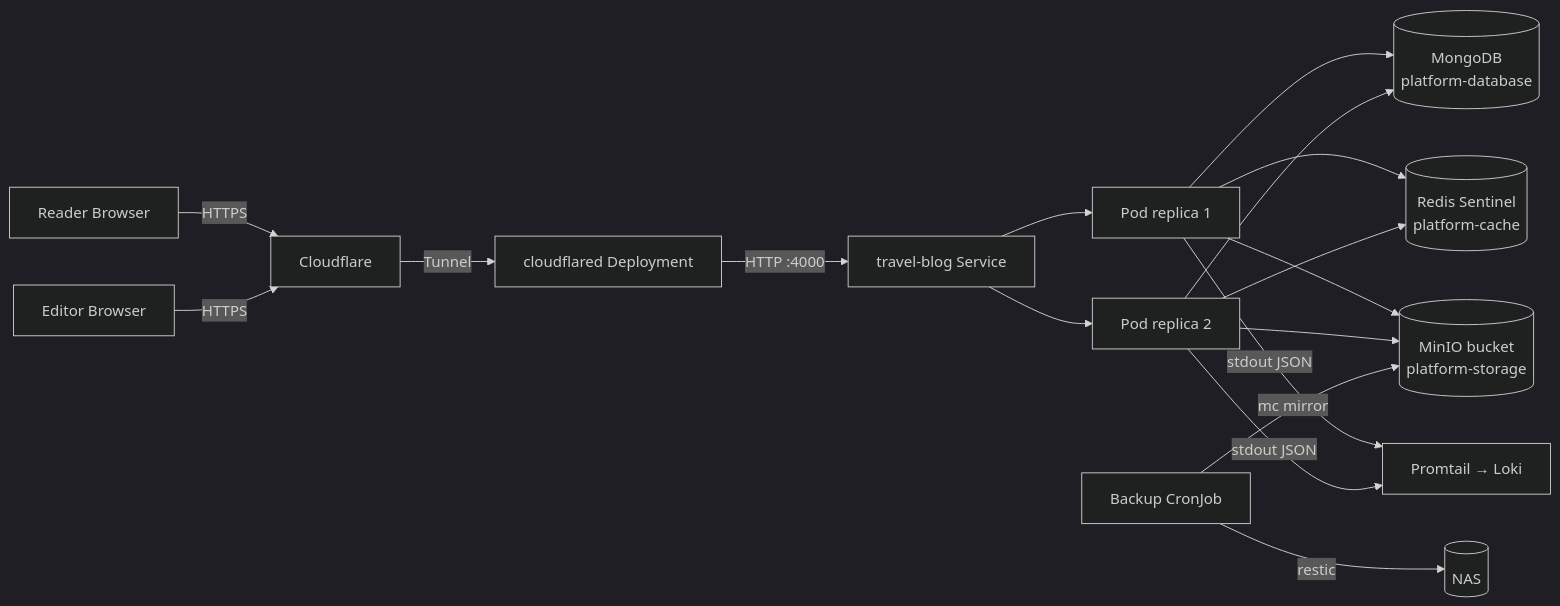
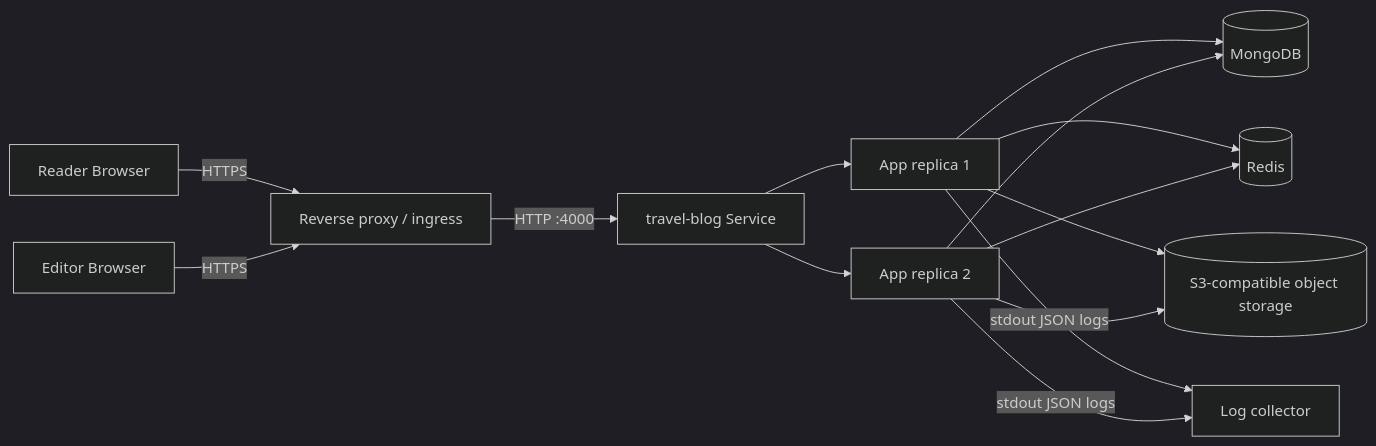
Before and after one commit to khaddAle/SimpleTravelBlog: the first of 5 diagrams in docs/architecture.md, drawn with Mermaid (dark theme). The commit also changed other lines of this file and 2 other files, not shown here.

First line of the commit message:
docs(security): decouple public repo from deployment specifics

````diff
--- a/docs/architecture.md
+++ b/docs/architecture.md
@@ -8,15 +13,12 @@
 ```mermaid
 flowchart LR
-  R[Reader Browser] -->|HTTPS| CF[Cloudflare]
-  E[Editor Browser] -->|HTTPS| CF
-  CF -->|Tunnel| CFD[cloudflared Deployment]
-  CFD -->|HTTP :4000| SVC[travel-blog Service]
-  SVC --> P1[Pod replica 1]
-  SVC --> P2[Pod replica 2]
-  P1 & P2 --> MGO[(MongoDB<br/>platform-database)]
-  P1 & P2 --> RDS[(Redis Sentinel<br/>platform-cache)]
-  P1 & P2 --> S3[(MinIO bucket<br/>platform-storage)]
-  P1 & P2 -->|stdout JSON| PT[Promtail → Loki]
-  CR[Backup CronJob] -->|mc mirror| S3
-  CR -->|restic| NAS[(NAS)]
+  R[Reader Browser] -->|HTTPS| RP[Reverse proxy / ingress]
+  E[Editor Browser] -->|HTTPS| RP
+  RP -->|HTTP :4000| SVC[travel-blog Service]
+  SVC --> P1[App replica 1]
+  SVC --> P2[App replica 2]
+  P1 & P2 --> MGO[(MongoDB)]
+  P1 & P2 --> RDS[(Redis)]
+  P1 & P2 --> S3[(S3-compatible object storage)]
+  P1 & P2 -->|stdout JSON logs| LOG[Log collector]
 ```
````
